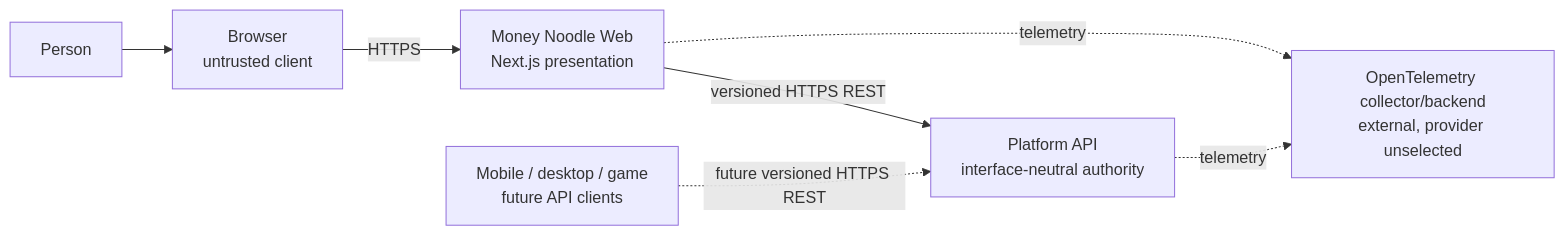
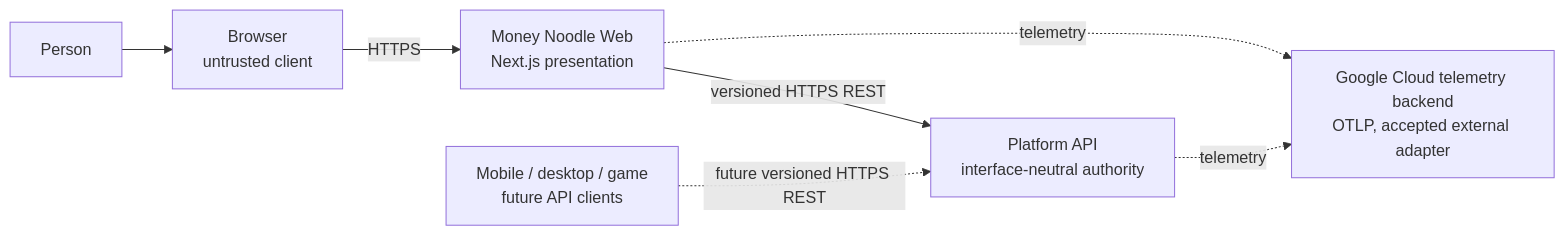
One commit to money-noodle/money-noodle changed the first of 6 diagrams in docs/architecture/overview.md. Above: the diagram before and after it, drawn with Mermaid. The commit also changed other lines of this file and 8 other files, not shown here.

````diff
--- a/docs/architecture/overview.md
+++ b/docs/architecture/overview.md
@@ -101,16 +104,16 @@
 ```mermaid
 flowchart LR
     person["Person"]
     browser["Browser<br/>untrusted client"]
     web["Money Noodle Web<br/>Next.js presentation"]
     api["Platform API<br/>interface-neutral authority"]
     mobile["Mobile / desktop / game<br/>future API clients"]
-    otel["OpenTelemetry collector/backend<br/>external, provider unselected"]
+    otel["Google Cloud telemetry backend<br/>OTLP, accepted external adapter"]
 
     person --> browser
     browser -->|HTTPS| web
     web -->|versioned HTTPS REST| api
     mobile -. "future versioned HTTPS REST" .-> api
     web -. "telemetry" .-> otel
     api -. "telemetry" .-> otel
 ```
````
